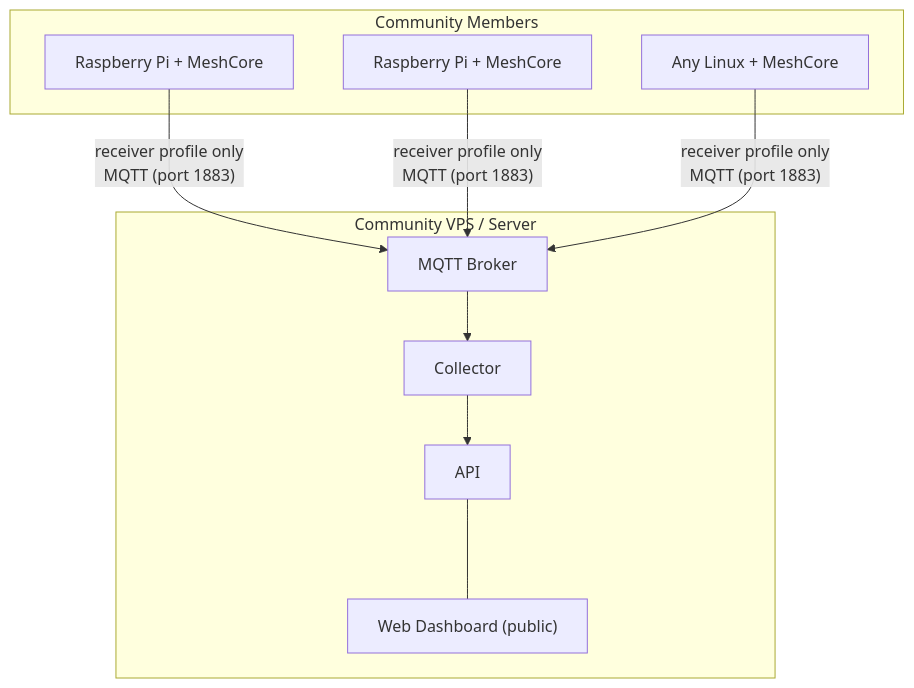
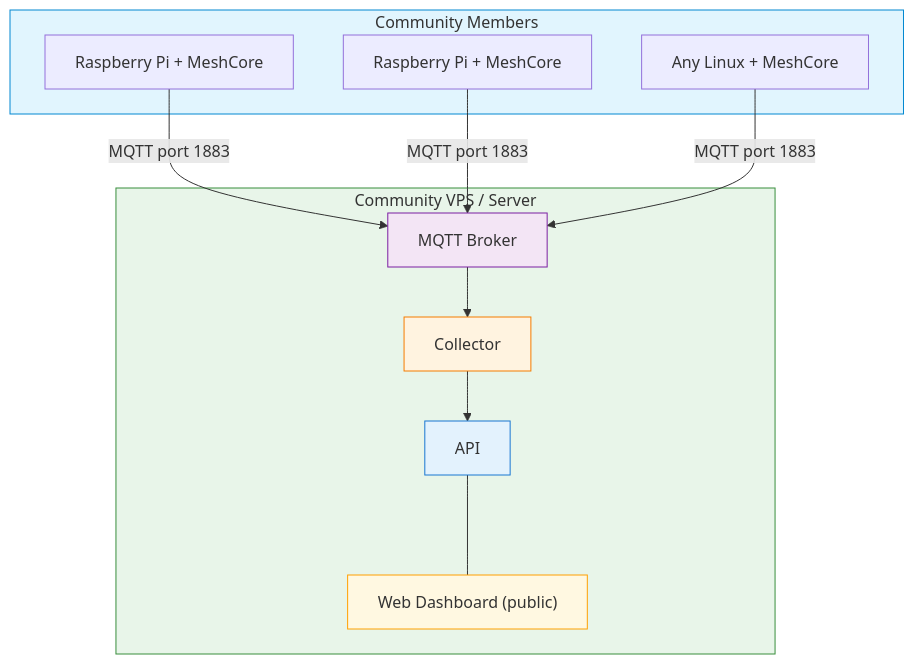
One commit to ov1d1u/meshcore-hub changed the second of 2 diagrams in README.md. Above: the diagram before and after it, drawn with Mermaid. The commit also changed other lines of this file, not shown here.

Commit message:
Updated diagrams

````diff
--- a/README.md
+++ b/README.md
@@ -92,20 +100,29 @@
 ```mermaid
 flowchart TB
     subgraph Community["Community Members"]
         R1["Raspberry Pi + MeshCore"]
         R2["Raspberry Pi + MeshCore"]
         R3["Any Linux + MeshCore"]
     end
 
     subgraph Server["Community VPS / Server"]
         MQTT["MQTT Broker"]
         Collector
         API
         Web["Web Dashboard (public)"]
 
         MQTT --> Collector --> API
         API <--- Web
     end
 
-    R1 & R2 & R3 -->|"receiver profile only\nMQTT (port 1883)"| MQTT
+    R1 -->|MQTT port 1883| MQTT
+    R2 -->|MQTT port 1883| MQTT
+    R3 -->|MQTT port 1883| MQTT
+
+    style Community fill:#e1f5fe,stroke:#0288d1
+    style Server fill:#e8f5e9,stroke:#388e3c
+    style MQTT fill:#f3e5f5,stroke:#7b1fa2
+    style Collector fill:#fff3e0,stroke:#f57c00
+    style API fill:#e3f2fd,stroke:#1976d2
+    style Web fill:#fff8e1,stroke:#ffa000
 ```
````
